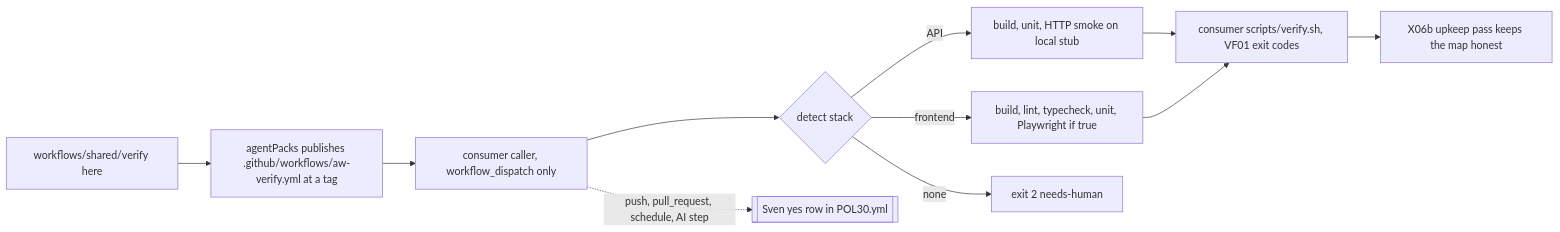
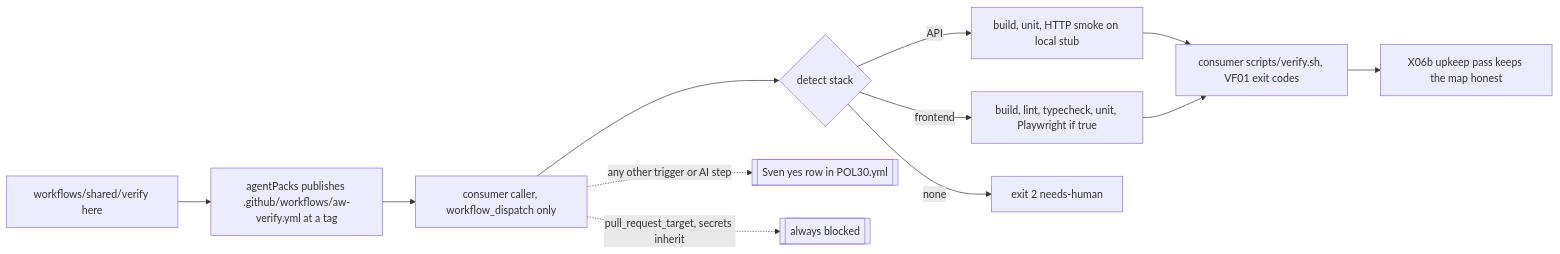
Before and after one commit to svennijhuis/agentic-workflows: the second of 2 diagrams in docs/pbi/verify/VF02.md, drawn with Mermaid. The commit also changed other lines of this file and 2 other files, not shown here.

````diff
--- a/docs/pbi/verify/VF02.md
+++ b/docs/pbi/verify/VF02.md
@@ -139,13 +166,14 @@
 ```mermaid
 flowchart LR
   A[workflows/shared/verify here] --> B[agentPacks publishes .github/workflows/aw-verify.yml at a tag]
   B --> C[consumer caller, workflow_dispatch only]
   C --> D{detect stack}
   D -->|API| E[build, unit, HTTP smoke on local stub]
   D -->|frontend| F[build, lint, typecheck, unit, Playwright if true]
   D -->|none| G[exit 2 needs-human]
   E --> V[consumer scripts/verify.sh, VF01 exit codes]
   F --> V
-  C -.->|push, pull_request, schedule, AI step| Y[[Sven yes row in POL30.yml]]
+  C -.->|any other trigger or AI step| Y[[Sven yes row in POL30.yml]]
+  C -.->|pull_request_target, secrets inherit| Z[[always blocked]]
   V --> U[X06b upkeep pass keeps the map honest]
 ```
````
